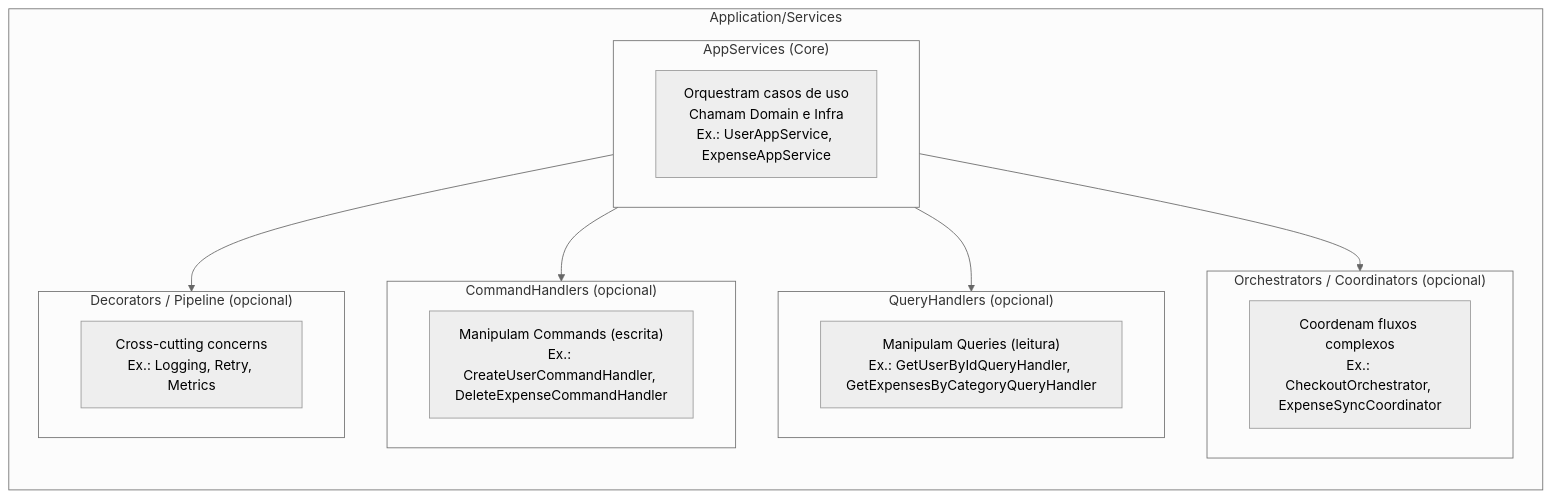
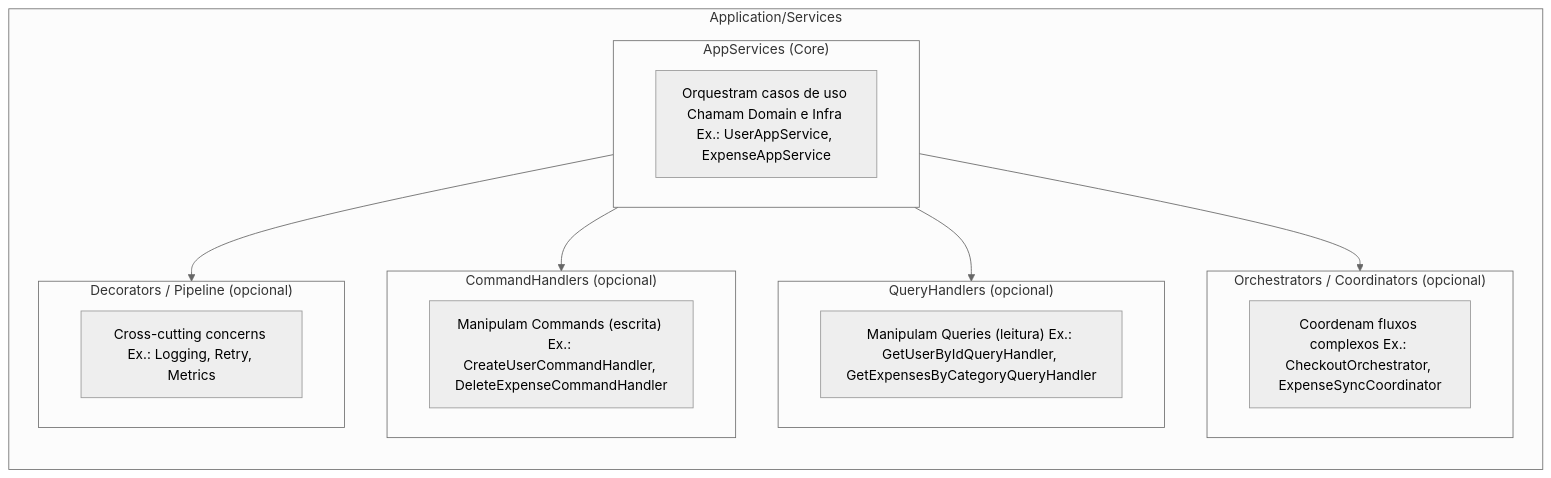
The sixth of 6 diagrams in README.md (rodrigofurlaneti/FSI.Authentication.Api.BackEnd), drawn with Mermaid (neutral theme) before and after one commit. The commit also changed other lines of this file, not shown here.

````diff
--- a/README.md
+++ b/README.md
@@ -224,34 +224,34 @@
 ```mermaid
 %%{init: {"flowchart": {"htmlLabels": false}} }%%
 flowchart TB
 
   subgraph Services["Application/Services"]
     direction TB
 
     subgraph AppServices["AppServices (Core)"]
-      A_desc["Orquestram casos de uso\nChamam Domain e Infra\nEx.: UserAppService, ExpenseAppService"]
+      A_desc["Orquestram casos de uso Chamam Domain e Infra Ex.: UserAppService, ExpenseAppService"]
     end
 
     subgraph CommandHandlers["CommandHandlers (opcional)"]
-      CH_desc["Manipulam Commands (escrita)\nEx.: CreateUserCommandHandler, DeleteExpenseCommandHandler"]
+      CH_desc["Manipulam Commands (escrita) Ex.: CreateUserCommandHandler, DeleteExpenseCommandHandler"]
     end
 
     subgraph QueryHandlers["QueryHandlers (opcional)"]
-      QH_desc["Manipulam Queries (leitura)\nEx.: GetUserByIdQueryHandler, GetExpensesByCategoryQueryHandler"]
+      QH_desc["Manipulam Queries (leitura) Ex.: GetUserByIdQueryHandler, GetExpensesByCategoryQueryHandler"]
     end
 
     subgraph Orchestrators["Orchestrators / Coordinators (opcional)"]
-      O_desc["Coordenam fluxos complexos\nEx.: CheckoutOrchestrator, ExpenseSyncCoordinator"]
+      O_desc["Coordenam fluxos complexos Ex.: CheckoutOrchestrator, ExpenseSyncCoordinator"]
     end
 
     subgraph Decorators["Decorators / Pipeline (opcional)"]
-      D_desc["Cross-cutting concerns\nEx.: Logging, Retry, Metrics"]
+      D_desc["Cross-cutting concerns Ex.: Logging, Retry, Metrics"]
     end
   end
 
   %% Relações
   AppServices --> CommandHandlers
   AppServices --> QueryHandlers
   AppServices --> Orchestrators
   AppServices --> Decorators
 ```
````
